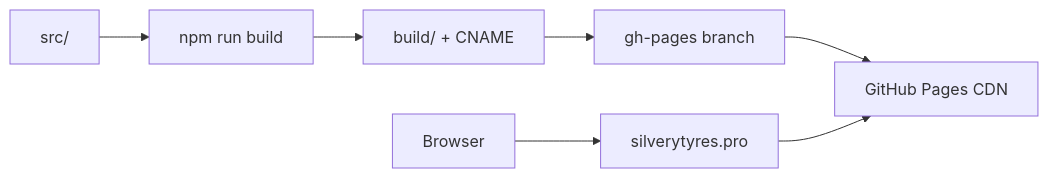
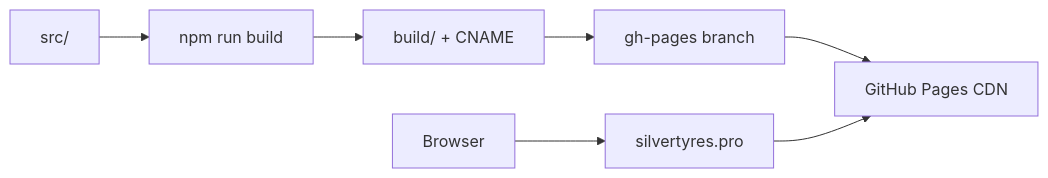
One commit to iscander-b10/tyres_discs changed the diagram in docs/12-operations/github-pages.md. Above: the diagram before and after it, drawn with Mermaid. The commit also changed other lines of this file and 6 other files, not shown here.

First line of the commit message:
Исправить опечатку домена на silvertyres.pro в homepage и CNAME.

````diff
--- a/docs/12-operations/github-pages.md
+++ b/docs/12-operations/github-pages.md
@@ -60,9 +60,9 @@
 ```mermaid
 flowchart LR
   Src[src/] --> Build[npm run build]
   Build --> Static[build/ + CNAME]
   Static --> GH[gh-pages branch]
   GH --> Pages[GitHub Pages CDN]
-  Browser --> Domain[silverytyres.pro]
+  Browser --> Domain[silvertyres.pro]
   Domain --> Pages
 ```
````
